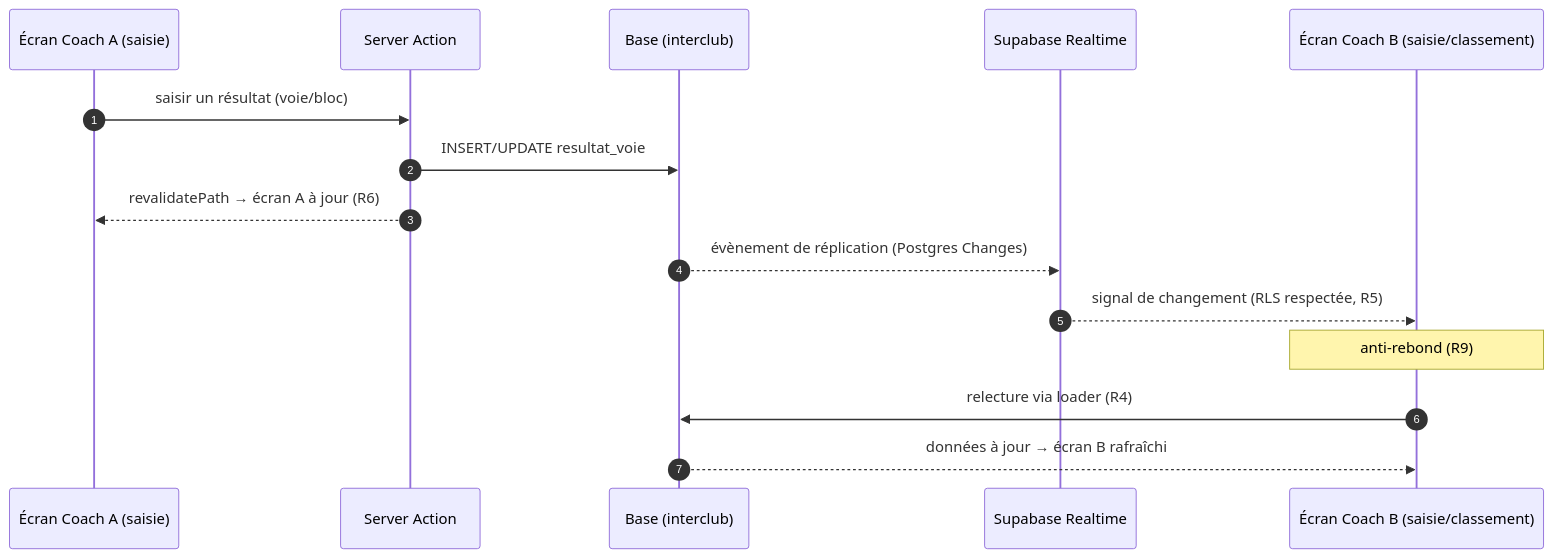
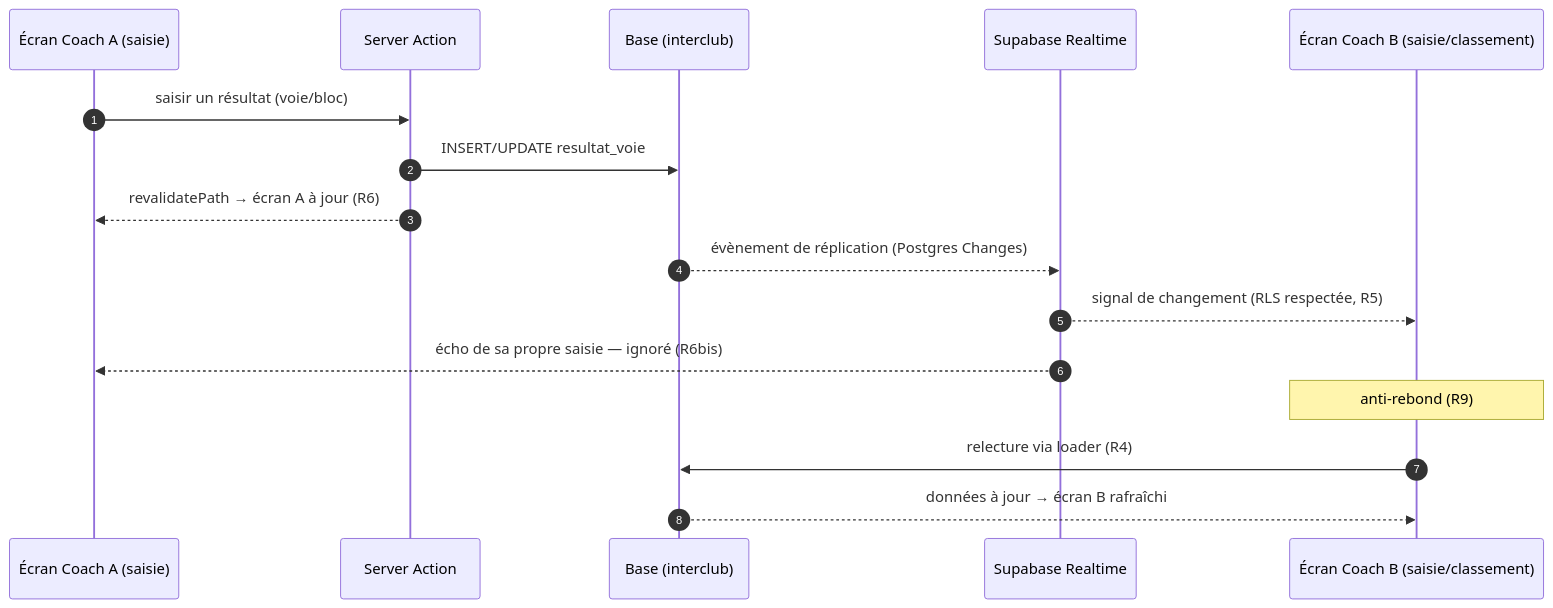
The diagram in docs/specs/11-realtime.md (julleroyfr/interclub), drawn with Mermaid before and after one commit. The commit also changed other lines of this file and 8 other files, not shown here.

First line of the commit message:
feat(realtime): ignorer l'écho de ses propres saisies (spec #11 R6bis)

````diff
--- a/docs/specs/11-realtime.md
+++ b/docs/specs/11-realtime.md
@@ -175,18 +210,19 @@
 ```mermaid
 sequenceDiagram
     autonumber
     participant CoachA as Écran Coach A (saisie)
     participant SA as Server Action
     participant DB as Base (interclub)
     participant RT as Supabase Realtime
     participant CoachB as Écran Coach B (saisie/classement)
 
     CoachA->>SA: saisir un résultat (voie/bloc)
     SA->>DB: INSERT/UPDATE resultat_voie
     SA-->>CoachA: revalidatePath → écran A à jour (R6)
     DB-->>RT: évènement de réplication (Postgres Changes)
     RT-->>CoachB: signal de changement (RLS respectée, R5)
+    RT-->>CoachA: écho de sa propre saisie — ignoré (R6bis)
     Note over CoachB: anti-rebond (R9)
     CoachB->>DB: relecture via loader (R4)
     DB-->>CoachB: données à jour → écran B rafraîchi
 ```
````
